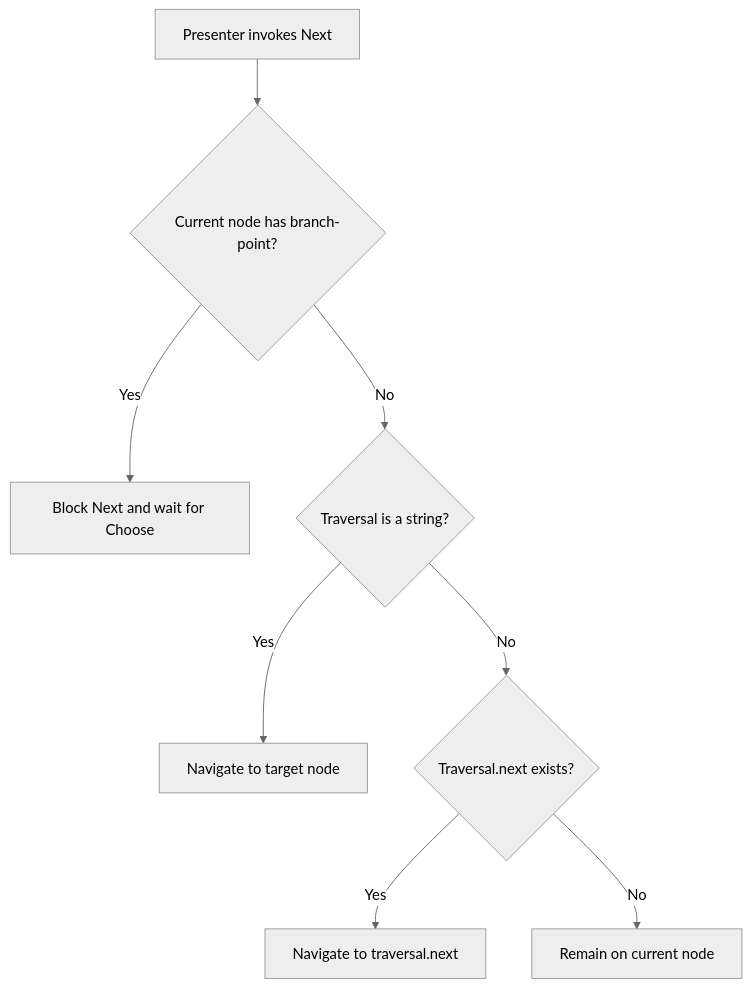
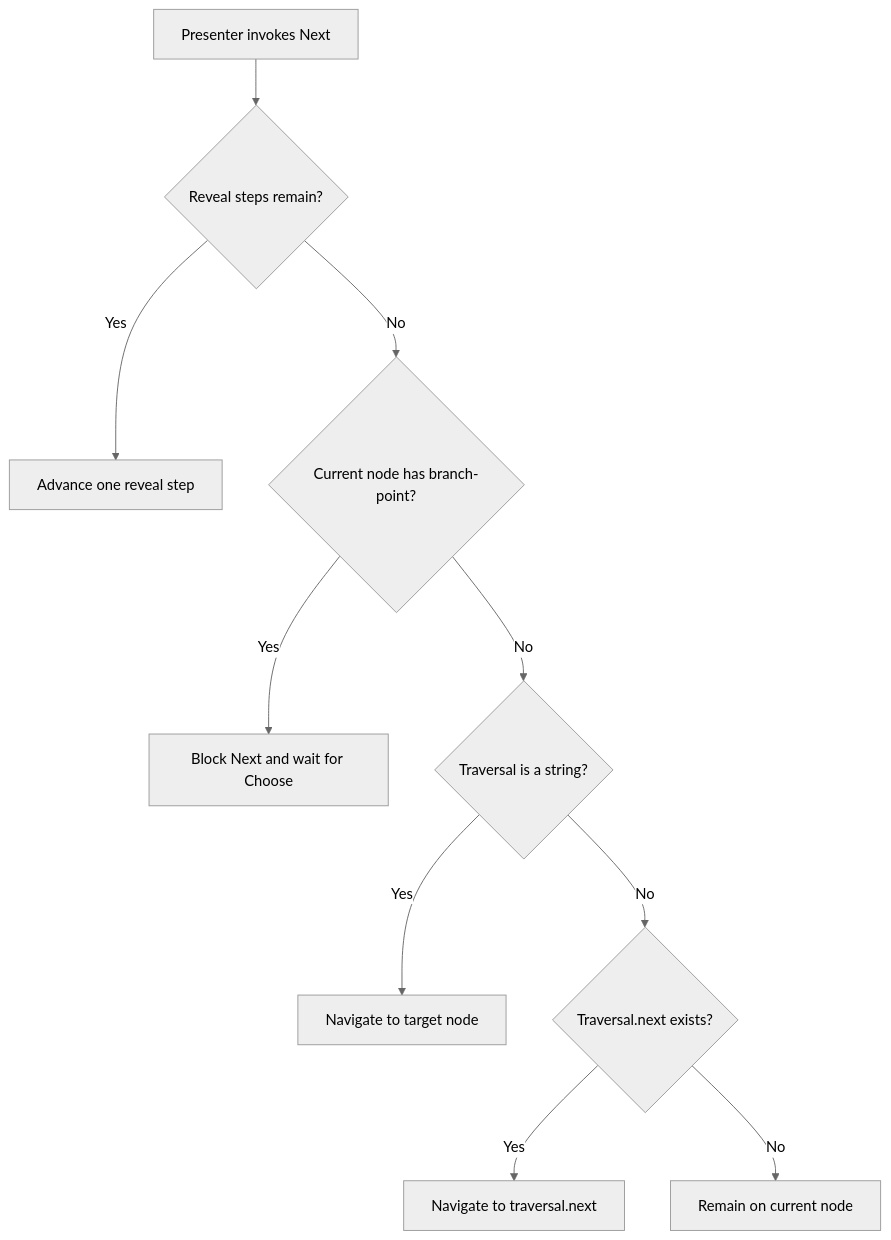
Before and after one commit to tiberius-s/fireside: the first of 5 diagrams in docs/src/content/docs/spec/traversal.md, drawn with Mermaid (neutral theme). The commit also changed other lines of this file and 45 other files, not shown here.

````diff
--- a/docs/src/content/docs/spec/traversal.md
+++ b/docs/src/content/docs/spec/traversal.md
@@ -37,10 +62,12 @@
 ```mermaid
 flowchart TD
-  A[Presenter invokes Next] --> B{Current node has branch-point?}
+  A[Presenter invokes Next] --> R{Reveal steps remain?}
+  R -->|Yes| S[Advance one reveal step]
+  R -->|No| B{Current node has branch-point?}
   B -->|Yes| C[Block Next and wait for Choose]
   B -->|No| D{Traversal is a string?}
   D -->|Yes| E[Navigate to target node]
   D -->|No| F{Traversal.next exists?}
   F -->|Yes| G[Navigate to traversal.next]
   F -->|No| H[Remain on current node]
 ```
````
